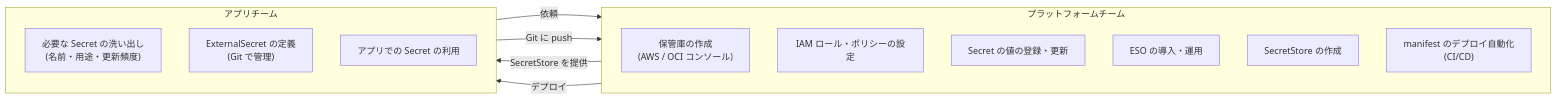
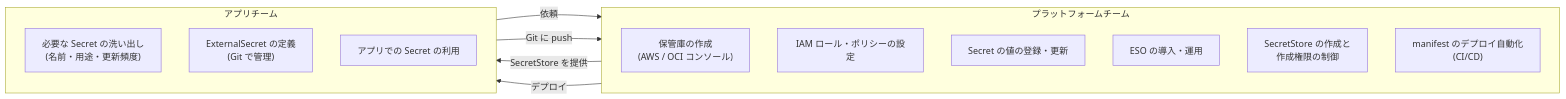
One commit to akudo-rh/eso-secret-management changed the eighth of 9 diagrams in README.md. Above: the diagram before and after it, drawn with Mermaid. The commit also changed other lines of this file, not shown here.

````diff
--- a/README.md
+++ b/README.md
@@ -172,22 +215,22 @@
 ```mermaid
 flowchart LR
   subgraph PF["プラットフォームチーム"]
     direction TB
     P1["保管庫の作成<br/>(AWS / OCI コンソール)"]
     P2["IAM ロール・ポリシーの設定"]
     P3["Secret の値の登録・更新"]
     P4["ESO の導入・運用"]
-    P5["SecretStore の作成"]
+    P5["SecretStore の作成と<br/>作成権限の制御"]
     P6["manifest のデプロイ自動化<br/>(CI/CD)"]
   end
   subgraph APP["アプリチーム"]
     direction TB
     A1["必要な Secret の洗い出し<br/>(名前・用途・更新頻度)"]
     A2["ExternalSecret の定義<br/>(Git で管理)"]
     A3["アプリでの Secret の利用"]
   end
   A1 -- "依頼" --> P3
   P5 -- "SecretStore を提供" --> A2
   A2 -- "Git に push" --> P6
   P6 -- "デプロイ" --> A3
 ```
````
